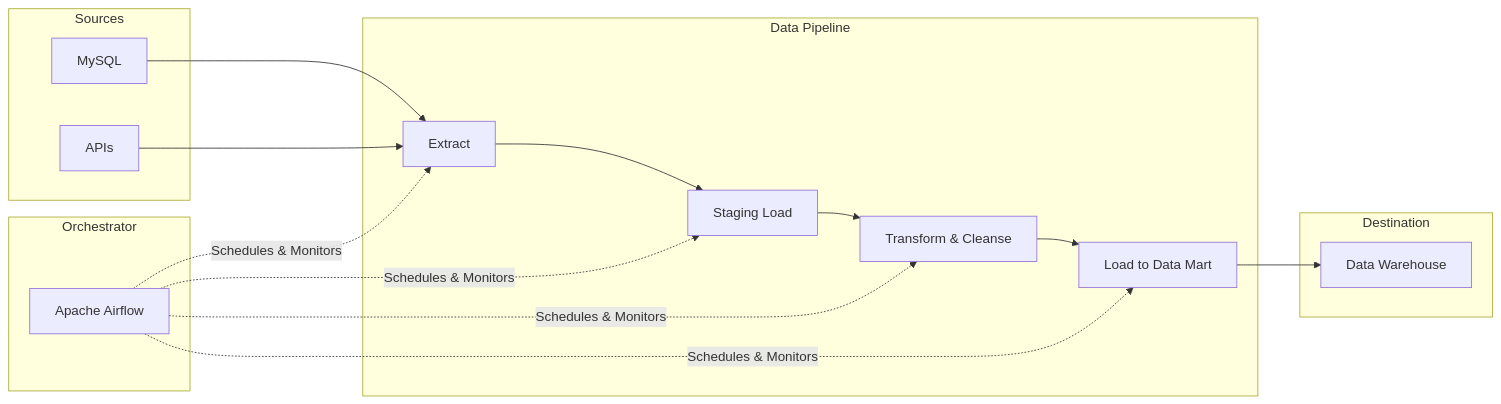
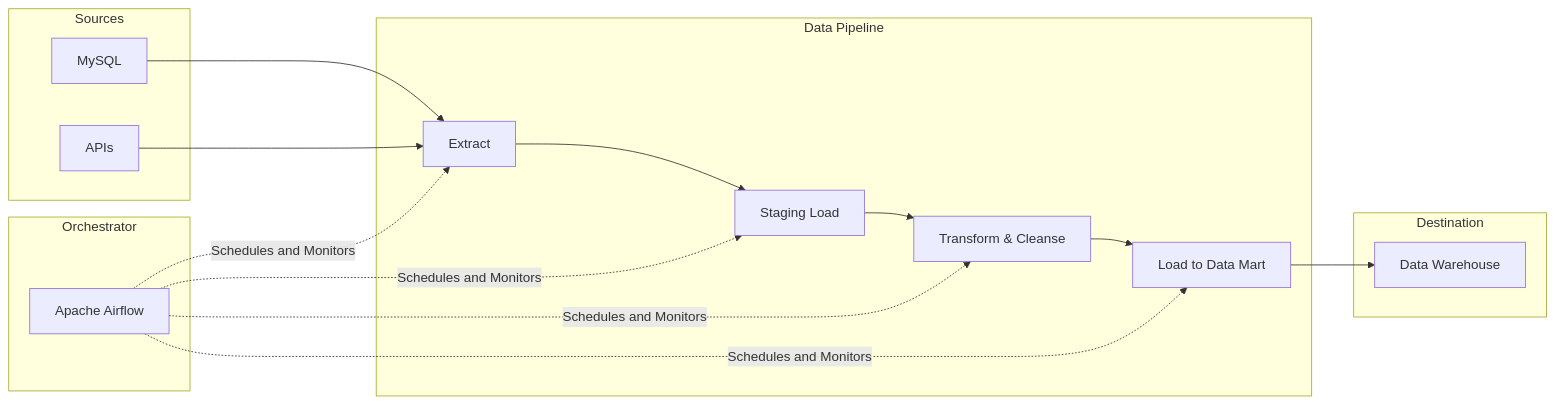
Before and after one commit to kythuatdulieu/kythuatdulieu.github.io: the diagram in src/content/docs/concepts/data-pipeline.md, drawn with Mermaid. The commit also changed other lines of this file and 179 other files, not shown here.

Commit message:
fix: build error and mermaid theme

````diff
--- a/src/content/docs/concepts/data-pipeline.md
+++ b/src/content/docs/concepts/data-pipeline.md
@@ -65,33 +53,33 @@
 ```mermaid
 graph LR
     subgraph Sources
         S1[MySQL]
         S2[APIs]
     end
 
     subgraph Data Pipeline
         E[Extract]
         T1[Staging Load]
         T2[Transform & Cleanse]
         L[Load to Data Mart]
         
         E --> T1 --> T2 --> L
     end
 
     subgraph Orchestrator
         O[Apache Airflow]
     end
 
-    O -.->|Schedules & Monitors| E
-    O -.->|Schedules & Monitors| T1
-    O -.->|Schedules & Monitors| T2
-    O -.->|Schedules & Monitors| L
+    O -.->|Schedules and Monitors| E
+    O -.->|Schedules and Monitors| T1
+    O -.->|Schedules and Monitors| T2
+    O -.->|Schedules and Monitors| L
 
     subgraph Destination
         DWH[Data Warehouse]
     end
 
     S1 --> E
     S2 --> E
     L --> DWH
 ```
````
